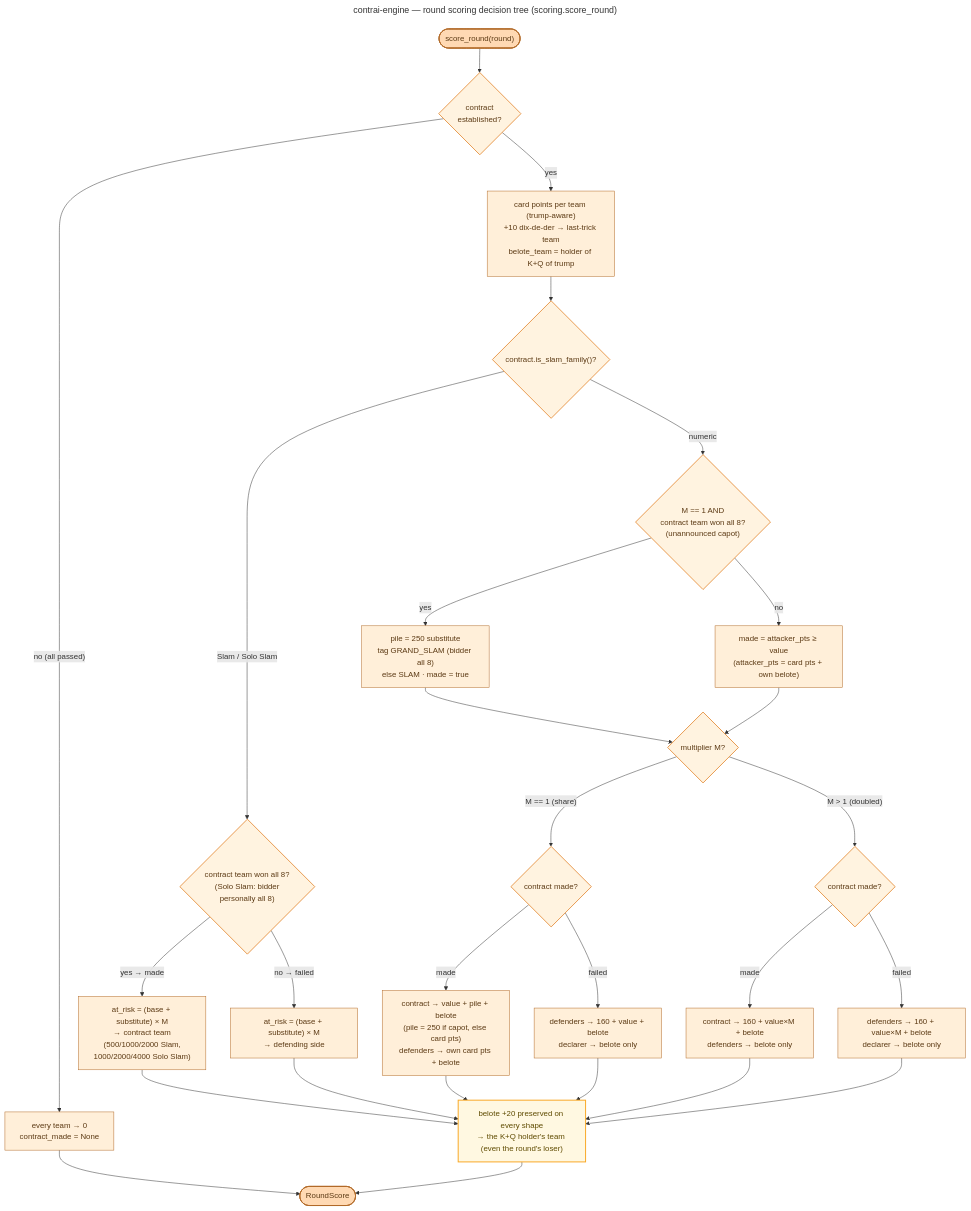
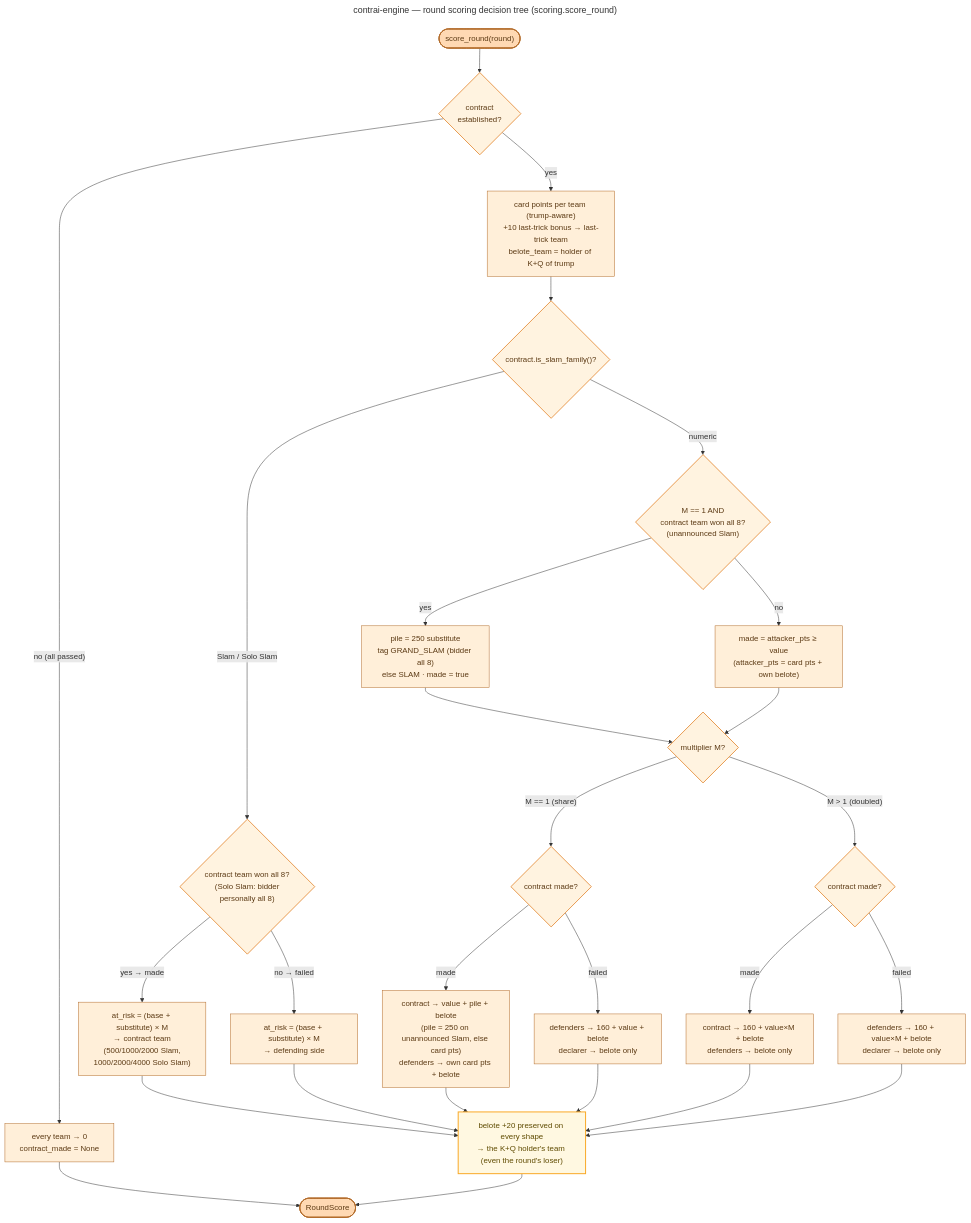
The diagram in docs/diagrams/flow_scoring.mmd (valmathieu/ContrAI), drawn with Mermaid before and after one commit. The commit also changed 12 other files, not shown here.

First line of the commit message:
refactor(engine): rename unannounced_capot to unannounced_slam

```diff
--- a/docs/diagrams/flow_scoring.mmd
+++ b/docs/diagrams/flow_scoring.mmd
@@ -1,55 +1,55 @@
 ---
 title: contrai-engine — round scoring decision tree (scoring.score_round)
 ---
 flowchart TD
     Start(["score_round(round)"]) --> HasContract{"contract<br/>established?"}
 
     HasContract -- "no (all passed)" --> Zero["every team → 0<br/>contract_made = None"]
     Zero --> End(["RoundScore"])
 
-    HasContract -- "yes" --> Points["card points per team (trump-aware)<br/>+10 dix-de-der → last-trick team<br/>belote_team = holder of K+Q of trump"]
+    HasContract -- "yes" --> Points["card points per team (trump-aware)<br/>+10 last-trick bonus → last-trick team<br/>belote_team = holder of K+Q of trump"]
     Points --> Family{"contract.is_slam_family()?"}
 
     %% ---------- Slam / Solo Slam path ----------
     Family -- "Slam / Solo Slam" --> SlamMade{"contract team won all 8?<br/>(Solo Slam: bidder<br/>personally all 8)"}
     SlamMade -- "yes → made" --> SlamWin["at_risk = (base + substitute) × M<br/>→ contract team<br/>(500/1000/2000 Slam,<br/>1000/2000/4000 Solo Slam)"]
     SlamMade -- "no → failed" --> SlamLose["at_risk = (base + substitute) × M<br/>→ defending side"]
     SlamWin --> Belote
     SlamLose --> Belote
 
     %% ---------- Numeric path (80–180) ----------
-    Family -- "numeric" --> Capot{"M == 1 AND<br/>contract team won all 8?<br/>(unannounced capot)"}
-    Capot -- "yes" --> CapotTag["pile = 250 substitute<br/>tag GRAND_SLAM (bidder all 8)<br/>else SLAM · made = true"]
-    Capot -- "no" --> NumMade
-    CapotTag --> Mult
+    Family -- "numeric" --> Sweep{"M == 1 AND<br/>contract team won all 8?<br/>(unannounced Slam)"}
+    Sweep -- "yes" --> SweepTag["pile = 250 substitute<br/>tag GRAND_SLAM (bidder all 8)<br/>else SLAM · made = true"]
+    Sweep -- "no" --> NumMade
+    SweepTag --> Mult
 
     NumMade["made = attacker_pts ≥ value<br/>(attacker_pts = card pts + own belote)"] --> Mult{"multiplier M?"}
 
     %% --- M == 1: share the pile ---
     Mult -- "M == 1 (share)" --> ShareMade{"contract made?"}
-    ShareMade -- "made" --> ShareWin["contract → value + pile + belote<br/>(pile = 250 if capot, else card pts)<br/>defenders → own card pts + belote"]
+    ShareMade -- "made" --> ShareWin["contract → value + pile + belote<br/>(pile = 250 on unannounced Slam, else card pts)<br/>defenders → own card pts + belote"]
     ShareMade -- "failed" --> ShareLose["defenders → 160 + value + belote<br/>declarer → belote only"]
     ShareWin --> Belote
     ShareLose --> Belote
 
     %% --- M > 1: winner takes all ---
     Mult -- "M > 1 (doubled)" --> DblMade{"contract made?"}
     DblMade -- "made" --> DblWin["contract → 160 + value×M + belote<br/>defenders → belote only"]
     DblMade -- "failed" --> DblLose["defenders → 160 + value×M + belote<br/>declarer → belote only"]
     DblWin --> Belote
     DblLose --> Belote
 
     %% ---------- Shared belote footer ----------
     Belote["belote +20 preserved on every shape<br/>→ the K+Q holder's team (even the round's loser)"]
     Belote --> End
 
     %% ---------- Engine-orange palette ----------
     classDef entry fill:#FFD9B3,stroke:#B26A28,stroke-width:2px,color:#5C3A14;
     classDef step fill:#FFEFD9,stroke:#B26A28,stroke-width:1px,color:#5C3A14;
     classDef decision fill:#FFF3E0,stroke:#E89A4F,stroke-width:2px,color:#5C3A14;
     classDef belote fill:#FFF8E1,stroke:#F9A825,stroke-width:2px,color:#5F4B00;
 
     class Start,End entry;
-    class HasContract,Family,SlamMade,Capot,Mult,ShareMade,DblMade decision;
-    class Zero,Points,SlamWin,SlamLose,CapotTag,NumMade,ShareWin,ShareLose,DblWin,DblLose step;
+    class HasContract,Family,SlamMade,Sweep,Mult,ShareMade,DblMade decision;
+    class Zero,Points,SlamWin,SlamLose,SweepTag,NumMade,ShareWin,ShareLose,DblWin,DblLose step;
     class Belote belote;
```
